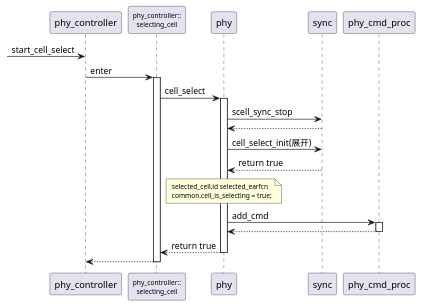
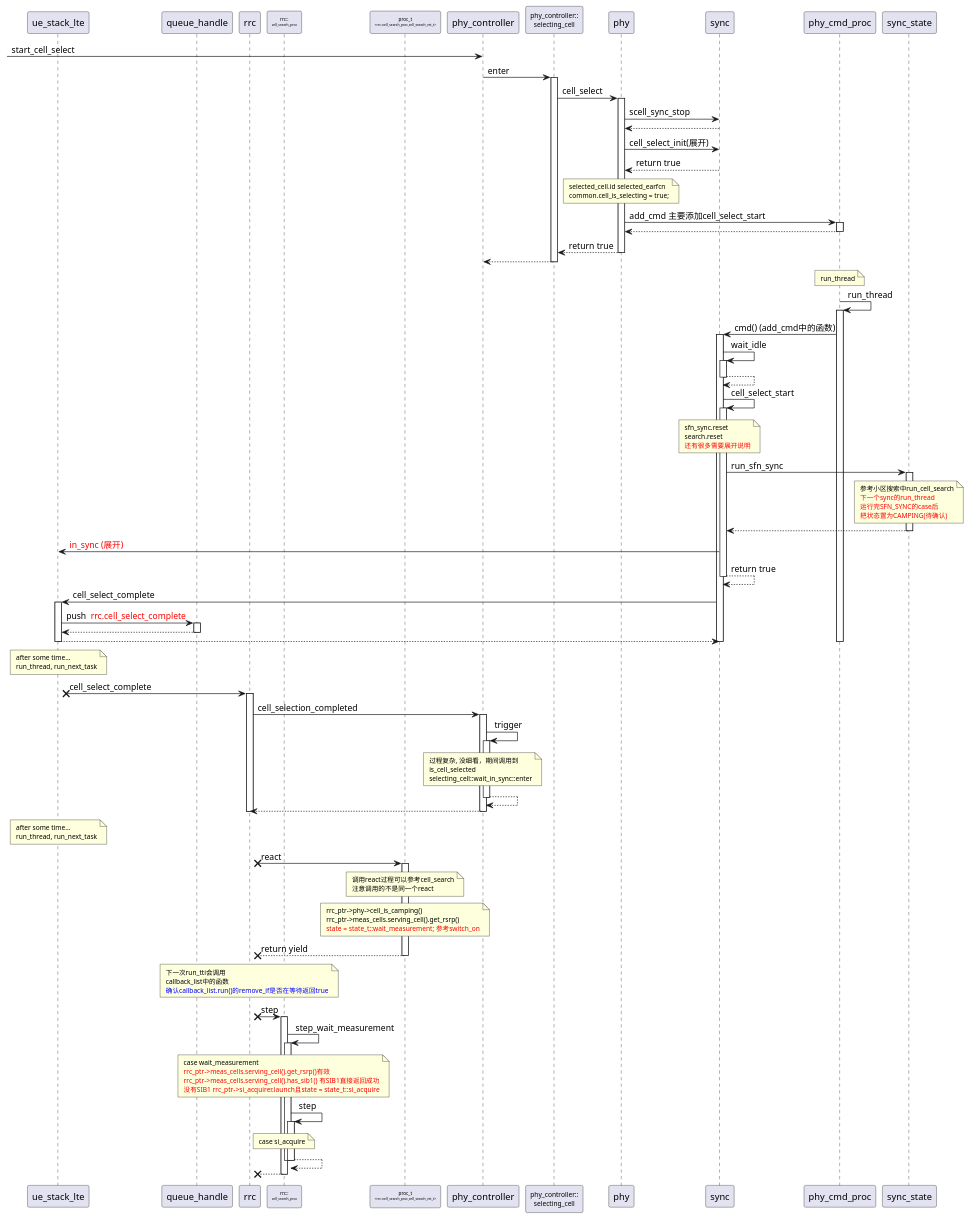
The diagram in myLearning/cell_select.puml (caizr/srsRAN_4G_learn), drawn with PlantUML before and after one commit.

Commit message:
update cell select

```diff
--- a/myLearning/cell_select.puml
+++ b/myLearning/cell_select.puml
@@ -1,40 +1,162 @@
 @startuml
+participant ue_stack_lte
+participant queue_handle
+participant rrc
+participant rrc_cell_search_proc[
+              <size:7>rrc::
+              <size:5>cell_search_proc
+              ]
+participant proc_t_rrc_cell_search_proc[
+              <size:7>proc_t
+              <size:5><rrc::cell_search_proc,cell_search_ret_t>
+              ]
 participant phy_controller
 participant phy_controller_selecting_cell[
     <size:10>phy_controller::
     <size:10>selecting_cell
     ]
 participant phy
 participant sync
 participant phy_cmd_proc
+participant sync_state
 
 ->phy_controller:start_cell_select
 
 phy_controller->phy_controller_selecting_cell:enter
     activate phy_controller_selecting_cell
         phy_controller_selecting_cell->phy:cell_select
         activate phy
             phy->sync:scell_sync_stop
             sync-->phy
             phy->sync:cell_select_init(展开)
             sync-->phy:return true
             note over phy
                 <size:10> selected_cell.id selected_earfcn
                 <size:10> common.cell_is_selecting = true;
             end note
-            phy->phy_cmd_proc:add_cmd
+            phy->phy_cmd_proc:add_cmd 主要添加cell_select_start
             activate phy_cmd_proc
                 phy_cmd_proc-->phy
             deactivate phy_cmd_proc
 
             phy-->phy_controller_selecting_cell:return true
         deactivate phy
 
     phy_controller_selecting_cell-->phy_controller
     deactivate phy_controller_selecting_cell
 
+note over phy_cmd_proc
+    <size:10> run_thread
+end note
 
+phy_cmd_proc->phy_cmd_proc:run_thread
+activate phy_cmd_proc
+    phy_cmd_proc->sync: cmd() (add_cmd中的函数)
+    activate sync
+        sync->sync:wait_idle
+        activate sync
+            sync-->sync
+        deactivate sync
+        sync->sync:cell_select_start
+        activate sync
+            note over sync
+                <size:10> sfn_sync.reset
+                <size:10> search.reset
+                <size:10> <color:red>还有很多需要展开说明
+            end note
+            sync->sync_state:run_sfn_sync
+                activate sync_state
+                    note over sync_state
+                        <size:10> 参考小区搜索中run_cell_search
+                        <size:10> <color:red>下一个sync的run_thread
+                        <size:10> <color:red>运行完SFN_SYNC的case后
+                        <size:10> <color:red>把状态置为CAMPING(待确认)
+                    end note
+                    sync_state-->sync:
+                deactivate sync_state
+                sync->ue_stack_lte:<color:red>in_sync (展开)
+                sync-->sync:return true
+        deactivate sync
+        sync->ue_stack_lte:cell_select_complete
+        activate ue_stack_lte
+            ue_stack_lte->queue_handle:push  <color:red>rrc.cell_select_complete
+                activate queue_handle
+                    queue_handle-->ue_stack_lte
+                deactivate queue_handle
+            ue_stack_lte-->sync
+        deactivate ue_stack_lte
 
+    deactivate sync
+deactivate phy_cmd_proc
 
-'        phy_controller_selecting_cell-->phy:return true
+note over ue_stack_lte
+    <size:10> after some time...
+    <size:10> run_thread, run_next_task
+end note
+
+ue_stack_lte x->rrc:cell_select_complete
+activate rrc
+    rrc->phy_controller:cell_selection_completed
+    activate phy_controller
+        phy_controller->phy_controller:trigger
+        activate phy_controller
+            note over phy_controller
+                <size:10> 过程复杂, 没细看，期间调用到
+                <size:10> is_cell_selected
+                <size:10> selecting_cell::wait_in_sync::enter
+            end note
+            phy_controller-->phy_controller
+        deactivate phy_controller
+        phy_controller-->rrc
+    deactivate phy_controller
+deactivate rrc
+
+note over ue_stack_lte
+    <size:10> after some time...
+    <size:10> run_thread, run_next_task
+end note
+
+rrc x->proc_t_rrc_cell_search_proc:react
+activate proc_t_rrc_cell_search_proc
+    note over proc_t_rrc_cell_search_proc
+        <size:10> 调用react过程可以参考cell_search
+        <size:10> 注意调用的不是同一个react
+    end note
+
+    note over proc_t_rrc_cell_search_proc
+        <size:10> rrc_ptr->phy->cell_is_camping()
+        <size:10> rrc_ptr->meas_cells.serving_cell().get_rsrp()
+        <size:10> <color:red>state = state_t::wait_measurement; 参考switch_on
+    end note
+    proc_t_rrc_cell_search_proc-->x rrc:return yield
+deactivate proc_t_rrc_cell_search_proc
+
+note over rrc
+    <size:10> 下一次run_tti会调用
+    <size:10> callback_list中的函数
+    <size:10> <color:blue>确认callback_list.run()的remove_if是否在等待返回true
+end note
+
+rrc x-> rrc_cell_search_proc:step
+activate rrc_cell_search_proc
+    rrc_cell_search_proc->rrc_cell_search_proc:step_wait_measurement
+    activate rrc_cell_search_proc
+        note over rrc_cell_search_proc
+            <size:10> case wait_measurement
+            <size:10> <color:red>rrc_ptr->meas_cells.serving_cell().get_rsrp()有效
+            <size:10> <color:red>rrc_ptr->meas_cells.serving_cell().has_sib1() 有SIB1直接返回成功
+            <size:10> <color:red>没有SIB1 rrc_ptr->si_acquirer.launch且state = state_t::si_acquire
+        end note
+
+        rrc_cell_search_proc->rrc_cell_search_proc:step
+        activate rrc_cell_search_proc
+            note over rrc_cell_search_proc
+                <size:10> case si_acquire
+            end note
+            rrc_cell_search_proc-->rrc_cell_search_proc
+        deactivate rrc_cell_search_proc
+
+    deactivate rrc_cell_search_proc
+    rrc_cell_search_proc -->x rrc
+deactivate rrc_cell_search_proc
 @enduml
```
